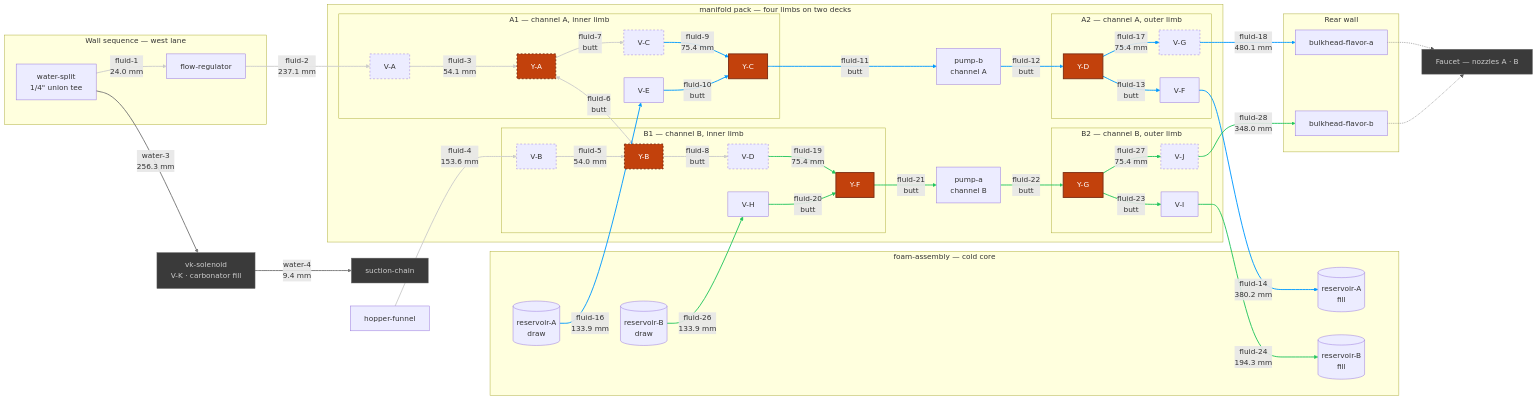
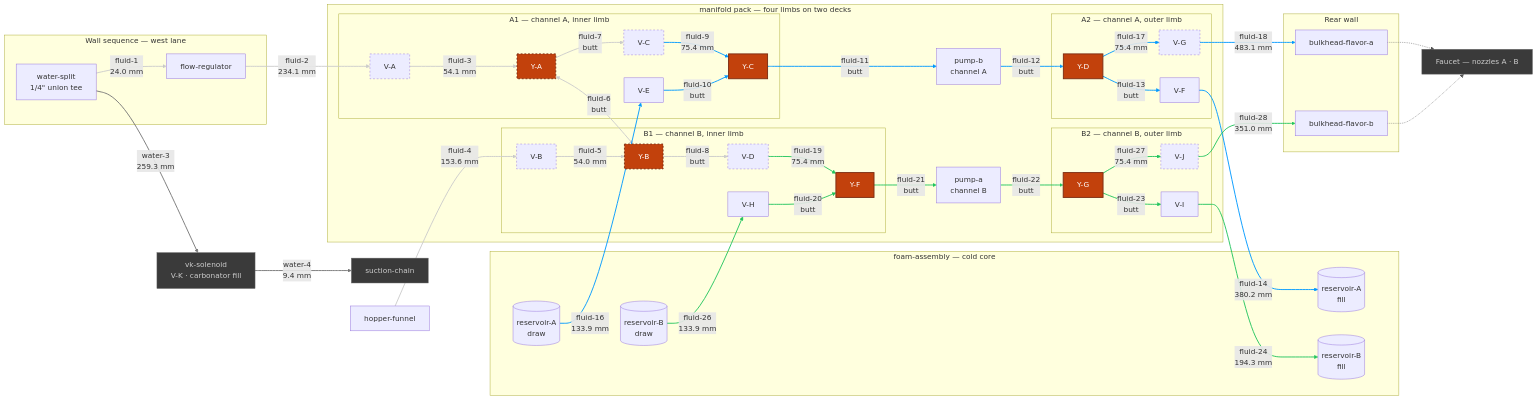
One commit to derekbreden/homesodamachine changed the diagram in hardware/topology/fluid-topology-manifold.mmd. Above: the diagram before and after it, drawn with Mermaid. The commit also changed 14 other files, not shown here.

```diff
--- a/hardware/topology/fluid-topology-manifold.mmd
+++ b/hardware/topology/fluid-topology-manifold.mmd
@@ -14,8 +14,8 @@
   %% [26](SEGMENT_COUNT) flavor segments. [11](BUTT_COUNT) are collet butted to collet and carry
   %% no tube at all; [9](DRAWN_COUNT) are swept runs between placed bodies; the rest are the
   %% hinge's four hairpins and the source pair's two quarter-and-step turns. What is cut comes to
-  %% [2494.8 mm](FLUID_TOTAL) of 1/4" LLDPE over [44](FLUID_BENDS) corners, and the longest is
-  %% [fluid-18](LONGEST_ID) at [480.1 mm](LONGEST_LEN). [0](OPEN_COUNT) are mouths with nothing
+  %% [2497.8 mm](FLUID_TOTAL) of 1/4" LLDPE over [44](FLUID_BENDS) corners, and the longest is
+  %% [fluid-18](LONGEST_ID) at [483.1 mm](LONGEST_LEN). [0](OPEN_COUNT) are mouths with nothing
   %% on the far end of them: EVERY FLAVOR SEGMENT IN THIS CHART IS MADE. The hopper's gravity
   %% drain is drawn like the rest — the funnel is seated in the box rather than placed in the
   %% pack, so `fluid-4` is authored after the box exists, off the same frames.
@@ -115,7 +115,7 @@
   %% V-B come off the folded deck's plane on a quarter turn of R14, then step 28 mm further along
   %% the run and 14 mm across it, toward the cold core's crown.
   Split -->|"fluid-1<br/>24.0 mm"| FlowReg
-  FlowReg -->|"fluid-2<br/>237.1 mm"| VA
+  FlowReg -->|"fluid-2<br/>234.1 mm"| VA
   VA -->|"fluid-3<br/>54.1 mm"| YA
   Hopper -->|"fluid-4<br/>153.6 mm"| VB
   VB -->|"fluid-5<br/>54.0 mm"| YB
@@ -138,7 +138,7 @@
   VF -->|"fluid-14<br/>380.2 mm"| ResAFill
   ResA -->|"fluid-16<br/>133.9 mm"| VE
   YD -->|"fluid-17<br/>75.4 mm"| VG
-  VG -->|"fluid-18<br/>480.1 mm"| BhA
+  VG -->|"fluid-18<br/>483.1 mm"| BhA
 
   %% =========================
   %% Channel B — fluid-19 … fluid-28
@@ -154,7 +154,7 @@
   VI -->|"fluid-24<br/>194.3 mm"| ResBFill
   ResB -->|"fluid-26<br/>133.9 mm"| VH
   YG -->|"fluid-27<br/>75.4 mm"| VJ
-  VJ -->|"fluid-28<br/>348.0 mm"| BhB
+  VJ -->|"fluid-28<br/>351.0 mm"| BhB
 
   %% =========================
   %% V-K's own two runs — the carbonator circuit, through this bay
@@ -162,7 +162,7 @@
   %% V-K gates the carbonator fill off the same split fluid-1 leaves. It stands on the cold core's
   %% crown, east of the SeaFlo, and water-3 is the one run in the assembly that crosses the whole
   %% machine — the split is in the west lane, V-K is on the east, and its inlet faces forward.
-  Split -->|"water-3<br/>256.3 mm"| VK
+  Split -->|"water-3<br/>259.3 mm"| VK
   VK -->|"water-4<br/>9.4 mm"| SuctChain
 
   %% =========================
```
